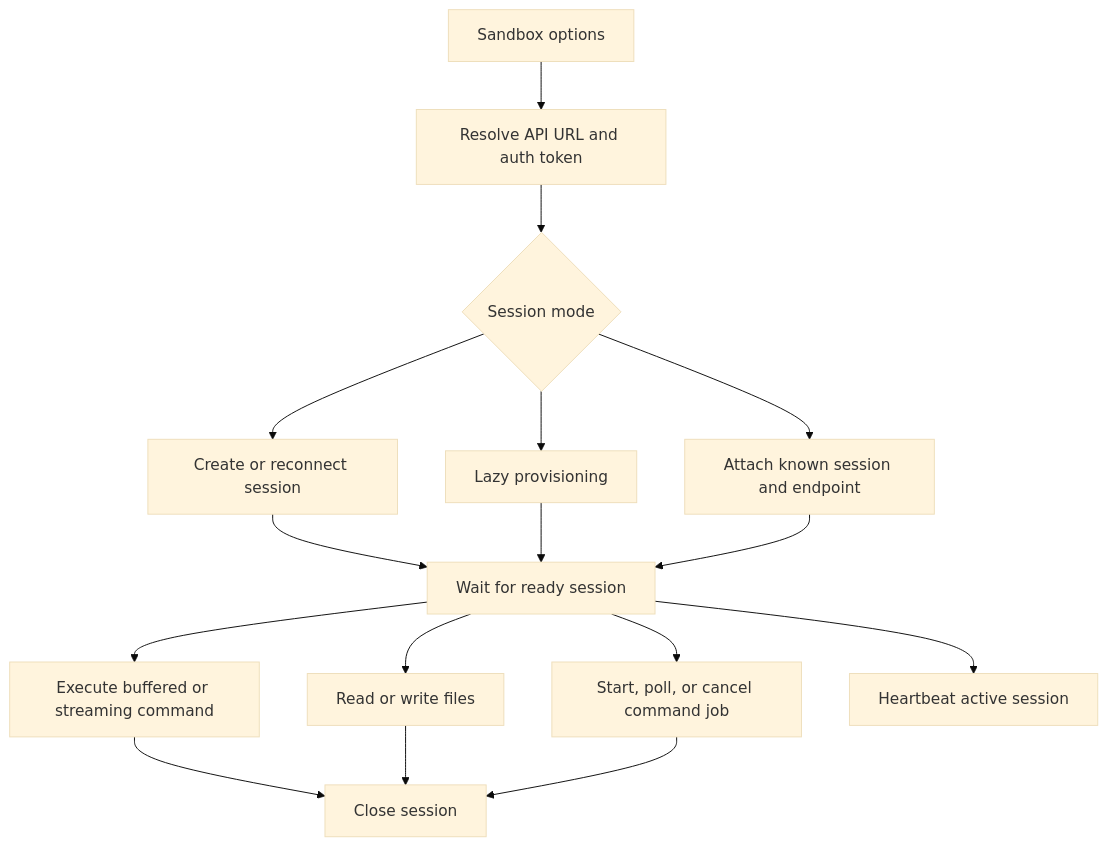
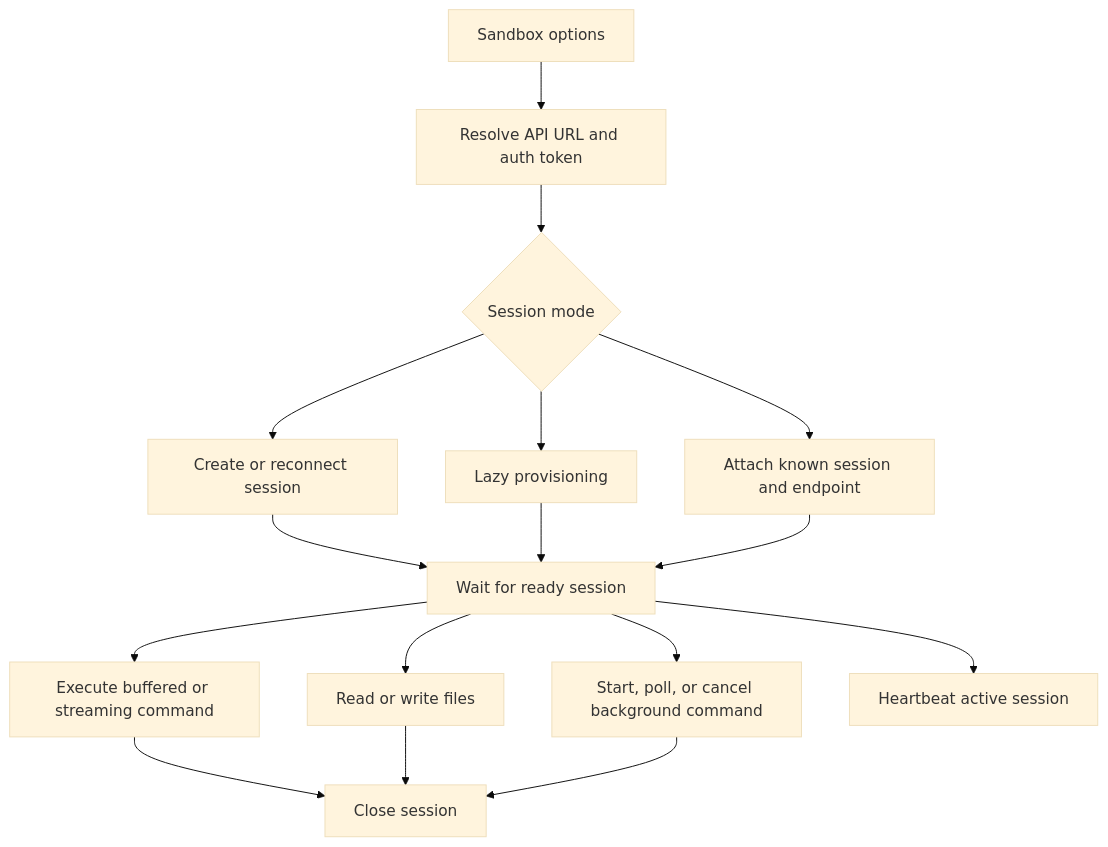
One commit to veryfront/veryfront-code changed the diagram in docs/architecture/17-sandbox-runtime.md. Above: the diagram before and after it, drawn with Mermaid (base theme). The commit also changed other lines of this file and 11 other files, not shown here.

Commit message:
Rename sandbox command jobs to background commands

````diff
--- a/docs/architecture/17-sandbox-runtime.md
+++ b/docs/architecture/17-sandbox-runtime.md
@@ -25,19 +25,19 @@
 ```mermaid
 flowchart TD
   options[Sandbox options] --> config[Resolve API URL and auth token]
   config --> session{Session mode}
   session --> create[Create or reconnect session]
   session --> attach[Attach known session and endpoint]
   session --> lazy[Lazy provisioning]
 
   create --> ready[Wait for ready session]
   lazy --> ready
   attach --> ready
   ready --> exec[Execute buffered or streaming command]
   ready --> files[Read or write files]
-  ready --> jobs[Start, poll, or cancel command job]
+  ready --> commands[Start, poll, or cancel background command]
   ready --> heartbeat[Heartbeat active session]
   exec --> close[Close session]
   files --> close
-  jobs --> close
+  commands --> close
 ```
````
